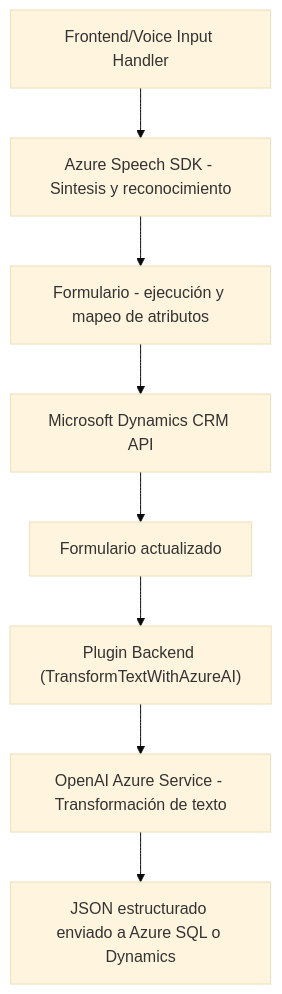
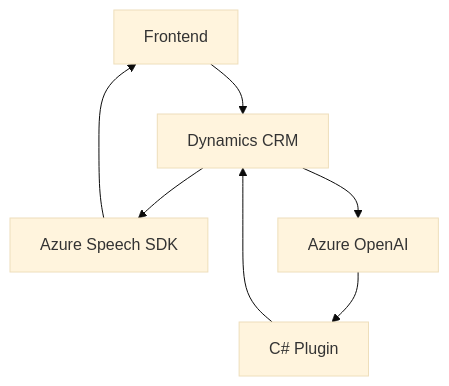
One commit to blopezdm/NETCORE_BILBAO2025 changed the diagram in README.md. Above: the diagram before and after it, drawn with Mermaid (base theme). The commit also changed other lines of this file, not shown here.

````diff
--- a/README.md
+++ b/README.md
@@ -35,10 +39,15 @@
 ```mermaid
 graph TD
-    A["Frontend/Voice Input Handler"] --> B["Azure Speech SDK - Sintesis y reconocimiento"]
-    B --> C["Formulario - ejecución y mapeo de atributos"]
-    C --> D["Microsoft Dynamics CRM API"]
-    D --> E["Formulario actualizado"]
-    E --> F["Plugin Backend (TransformTextWithAzureAI)"]
-    F --> G["OpenAI Azure Service - Transformación de texto"]
-    G --> H["JSON estructurado enviado a Azure SQL o Dynamics"]
+    A["Frontend"]
+    B["Dynamics CRM"]
+    C["Azure Speech SDK"]
+    D["Azure OpenAI"]
+    E["C# Plugin"]
+
+    A-->B
+    B-->C
+    B-->D
+    C-->A
+    D-->E
+    E-->B
 ```
````
